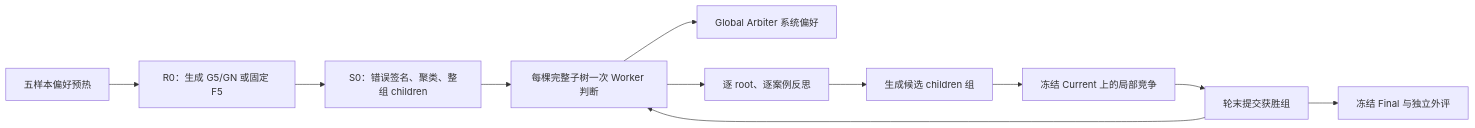
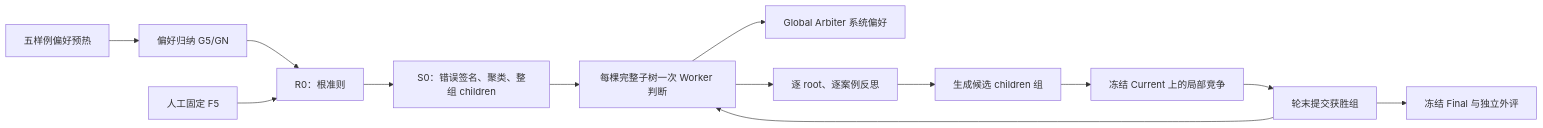
One commit to xiaoguaiwqx/02-Rubric changed the diagram in docs/architecture.md. Above: the diagram before and after it, drawn with Mermaid. The commit also changed other lines of this file and 4 other files, not shown here.

````diff
--- a/docs/architecture.md
+++ b/docs/architecture.md
@@ -3,13 +3,15 @@
 ```mermaid
 flowchart LR
-    W[五样本偏好预热] --> R[R0：生成 G5/GN 或固定 F5]
+    W[五样例偏好预热] --> G[偏好归纳 G5/GN]
+    G --> R[R0：根准则]
+    H[人工固定 F5] --> R
     R --> S[S0：错误签名、聚类、整组 children]
     S --> E[每棵完整子树一次 Worker 判断]
     E --> A[Global Arbiter 系统偏好]
     E --> F[逐 root、逐案例反思]
     F --> C[生成候选 children 组]
     C --> L[冻结 Current 上的局部竞争]
     L --> U[轮末提交获胜组]
     U --> E
     U --> V[冻结 Final 与独立外评]
 ```
````
